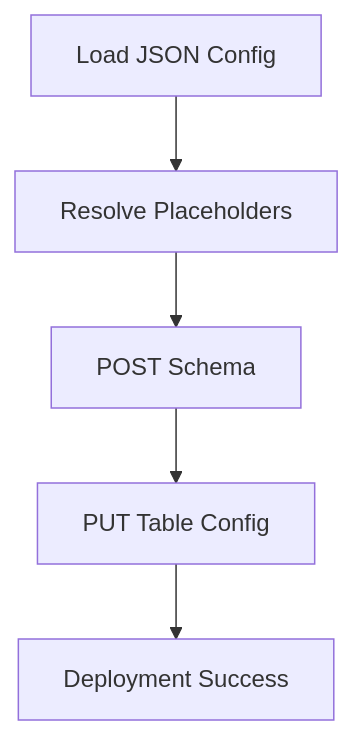
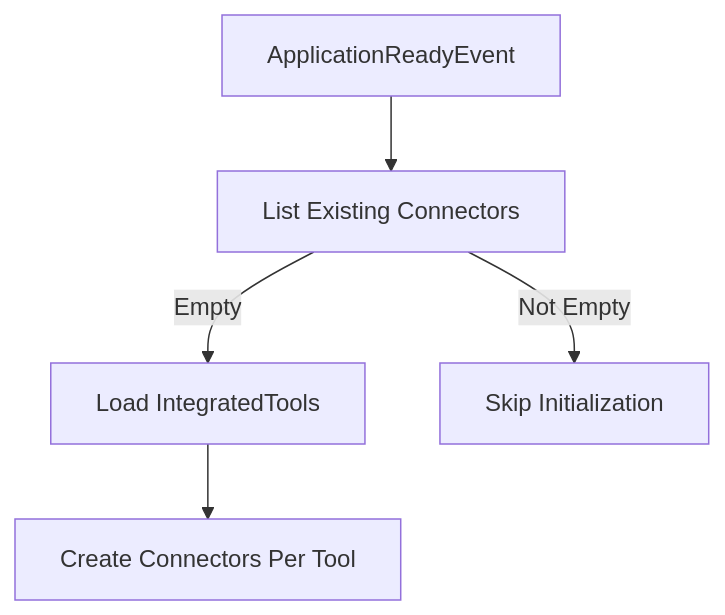
Before and after one commit to flamingo-stack/openframe-oss-lib: the fourth of 6 diagrams in docs/reference/architecture/management-service-core/management-service-core.md, drawn with Mermaid. The commit also changed other lines of this file and 172 other files, not shown here.

````diff
--- a/docs/reference/architecture/management-service-core/management-service-core.md
+++ b/docs/reference/architecture/management-service-core/management-service-core.md
@@ -183,7 +249,7 @@
 ```mermaid
 flowchart TD
-    Load["Load JSON Config"] --> Resolve["Resolve Placeholders"]
-    Resolve --> DeploySchema["POST Schema"]
-    DeploySchema --> DeployTable["PUT Table Config"]
-    DeployTable --> Success["Deployment Success"]
+    Ready["ApplicationReadyEvent"] --> ListConnectors["List Existing Connectors"]
+    ListConnectors -->|"Empty"| LoadTools["Load IntegratedTools"]
+    LoadTools --> CreateConnectors["Create Connectors Per Tool"]
+    ListConnectors -->|"Not Empty"| Skip["Skip Initialization"]
 ```
````
